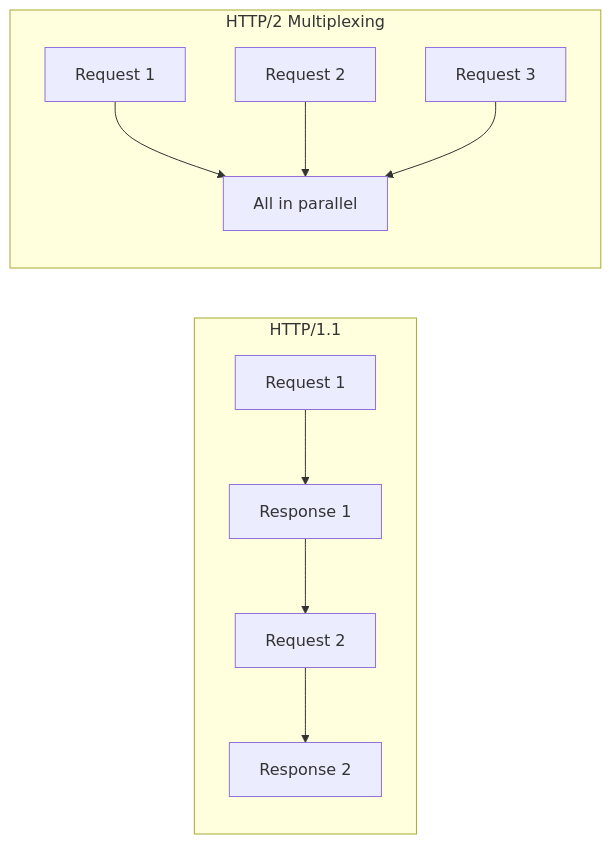
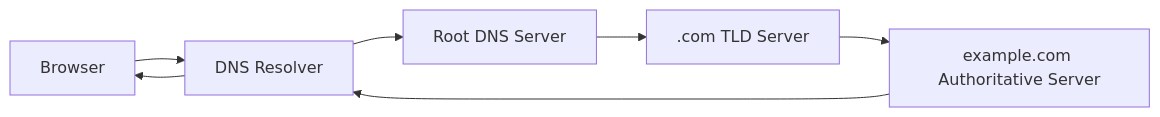
The first of 4 diagrams in basics/networking.md (spawn08/system-design-interview), drawn with Mermaid before and after one commit. The commit also changed other lines of this file and 4 other files, not shown here.

````diff
--- a/basics/networking.md
+++ b/basics/networking.md
@@ -177,17 +295,9 @@
 ```mermaid
 flowchart LR
-    subgraph HTTP1 [HTTP/1.1]
-        R1[Request 1] --> Resp1[Response 1]
-        Resp1 --> R2[Request 2]
-        R2 --> Resp2[Response 2]
-    end
-    
-    subgraph HTTP2 [HTTP/2 Multiplexing]
-        R1b[Request 1]
-        R2b[Request 2]
-        R3b[Request 3]
-        R1b --> Parallel[All in parallel]
-        R2b --> Parallel
-        R3b --> Parallel
-    end
+    Browser[Browser] --> Resolver[DNS Resolver]
+    Resolver --> Root[Root DNS Server]
+    Root --> TLD[.com TLD Server]
+    TLD --> Auth[example.com Authoritative Server]
+    Auth --> Resolver
+    Resolver --> Browser
 ```
````
